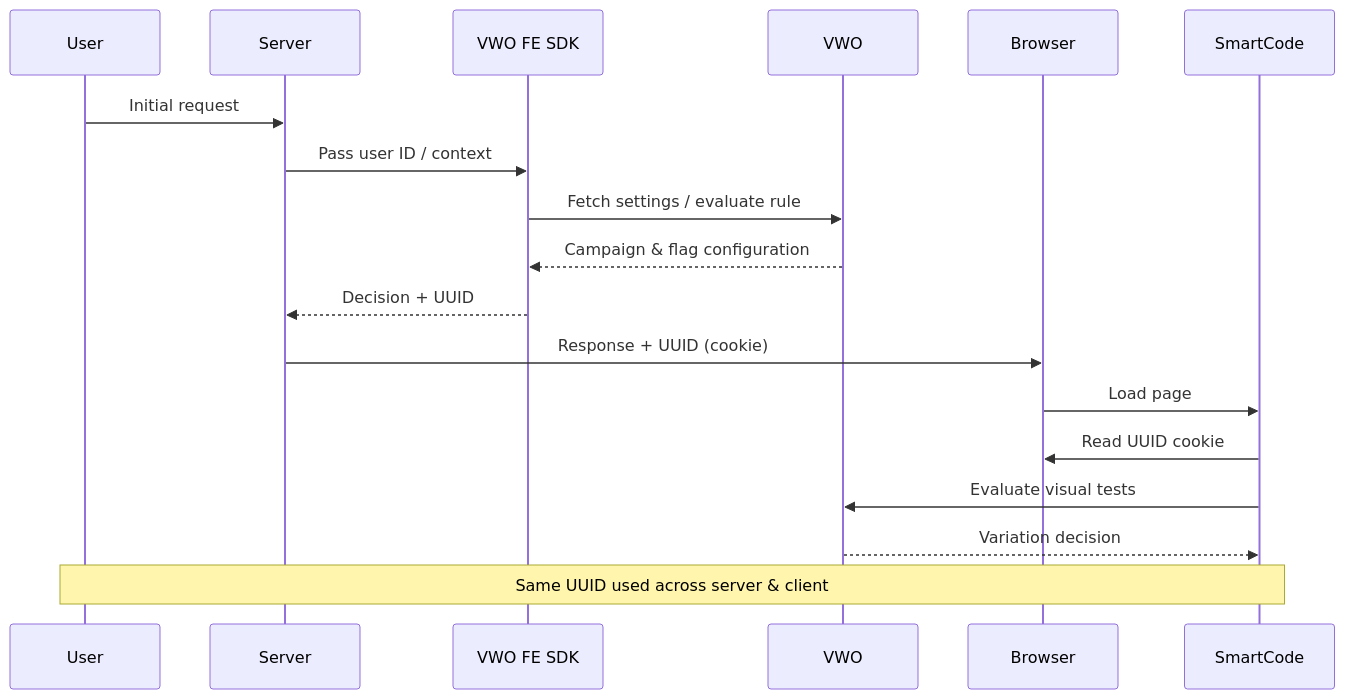
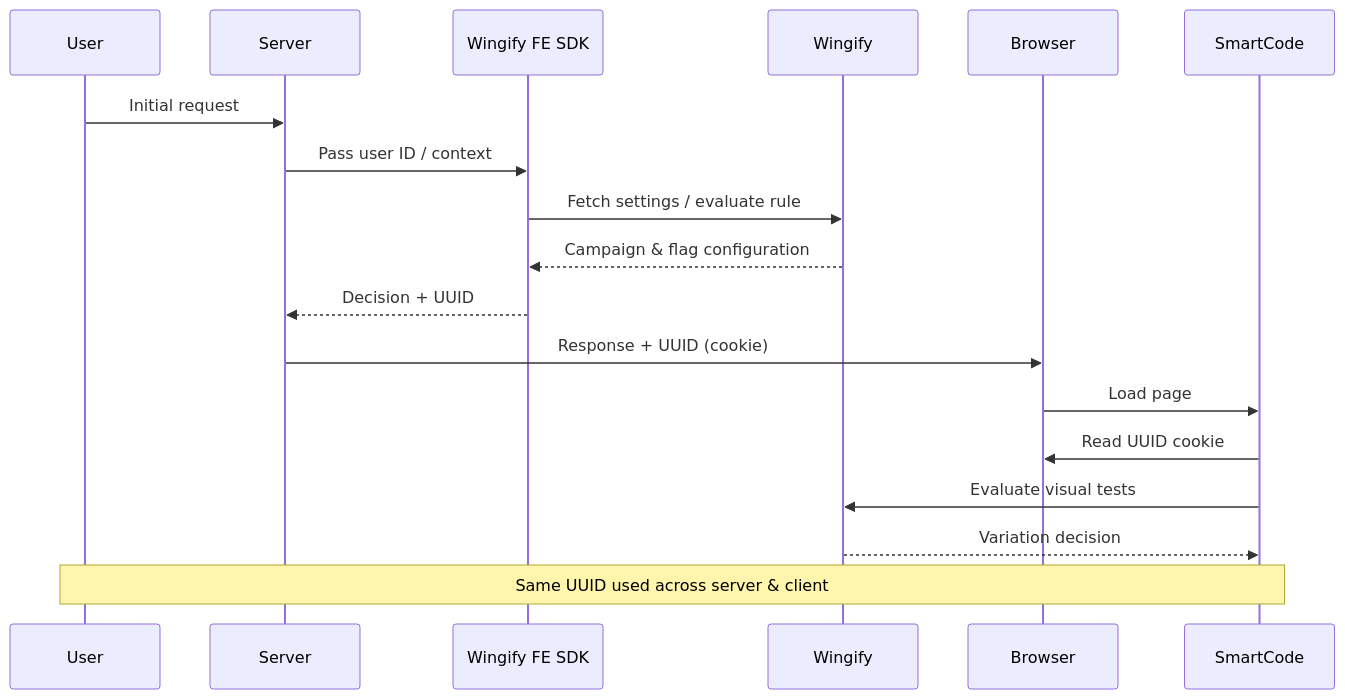
Before and after one commit to wingify/readme-central: the sixth of 6 diagrams in docs/Unified Experimentation/fme-unified-experimentation-identity-synchronization.md, drawn with Mermaid. The commit also changed other lines of this file, not shown here.

````diff
--- a/docs/Unified Experimentation/fme-unified-experimentation-identity-synchronization.md
+++ b/docs/Unified Experimentation/fme-unified-experimentation-identity-synchronization.md
@@ -447,24 +447,24 @@
 ```mermaid
 sequenceDiagram
     participant User
     participant Server
-    participant FE_SDK as VWO FE SDK
-    participant VWO
+    participant FE_SDK as Wingify FE SDK
+    participant Wingify
     participant Browser
     participant SmartCode
 
     User->>Server: Initial request
     Server->>FE_SDK: Pass user ID / context
-    FE_SDK->>VWO: Fetch settings / evaluate rule
-    VWO-->>FE_SDK: Campaign & flag configuration
+    FE_SDK->>Wingify: Fetch settings / evaluate rule
+    Wingify-->>FE_SDK: Campaign & flag configuration
     FE_SDK-->>Server: Decision + UUID
     Server->>Browser: Response + UUID (cookie)
 
     Browser->>SmartCode: Load page
     SmartCode->>Browser: Read UUID cookie
-    SmartCode->>VWO: Evaluate visual tests
-    VWO-->>SmartCode: Variation decision
+    SmartCode->>Wingify: Evaluate visual tests
+    Wingify-->>SmartCode: Variation decision
 
     Note over User,SmartCode: Same UUID used across server & client
 
 ```
````
